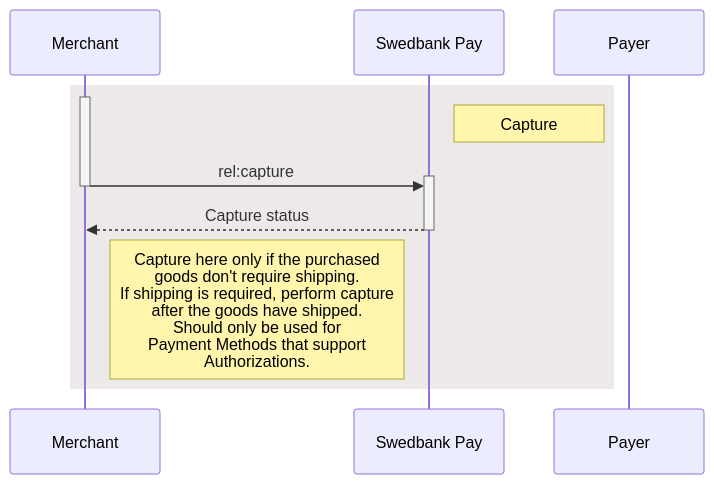
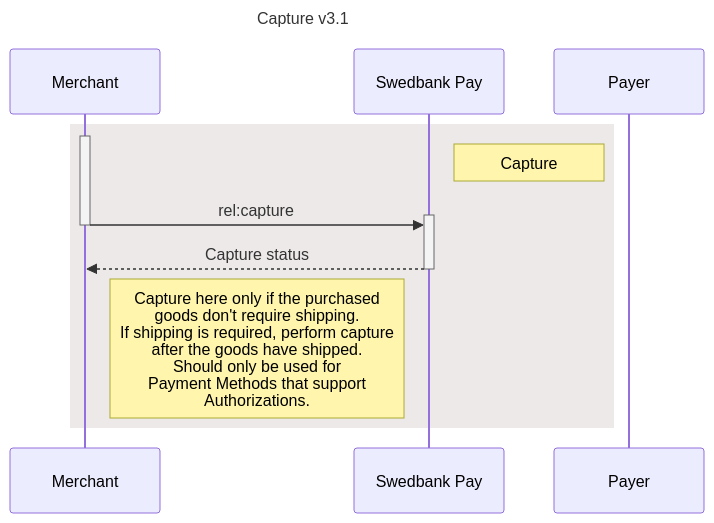
One commit to SwedbankPay/developer.swedbankpay.com changed the diagram in _includes/payment-order-capture-combined.md. Above: the diagram before and after it, drawn with Mermaid. The commit also changed 66 other files, not shown here.

Commit message:
Added titles in sequence diagrams

````diff
--- a/_includes/payment-order-capture-combined.md
+++ b/_includes/payment-order-capture-combined.md
@@ -1420,14 +1420,15 @@
 ```mermaid
 sequenceDiagram
+title: Capture v3.1
     participant Merchant
     participant SwedbankPay as Swedbank Pay
 
     rect rgba(81,43,43,0.1)
         activate Merchant
         note left of Payer: Capture
         Merchant ->>+ SwedbankPay: rel:capture
         deactivate Merchant
         SwedbankPay -->>- Merchant: Capture status
         note right of Merchant: Capture here only if the purchased<br/>goods don't require shipping.<br/>If shipping is required, perform capture<br/>after the goods have shipped.<br>Should only be used for <br>Payment Methods that support <br>Authorizations.
     end
 ```
````
